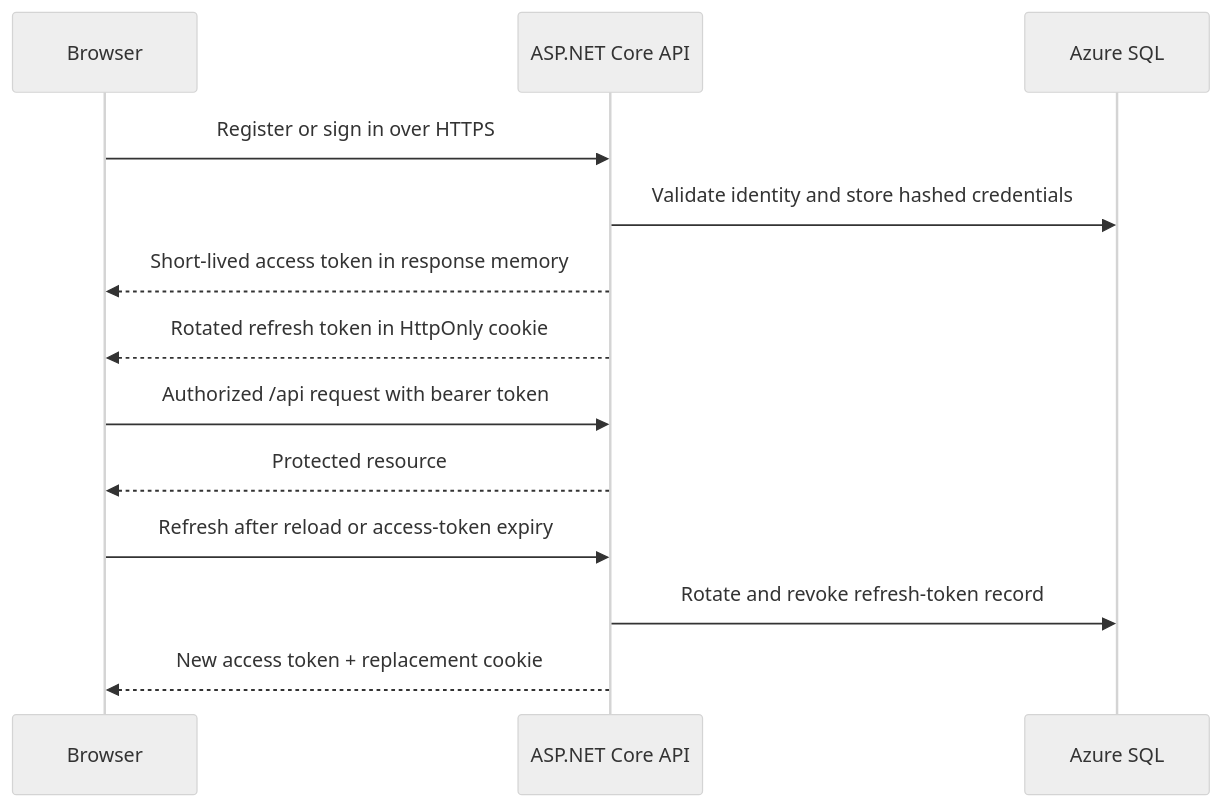
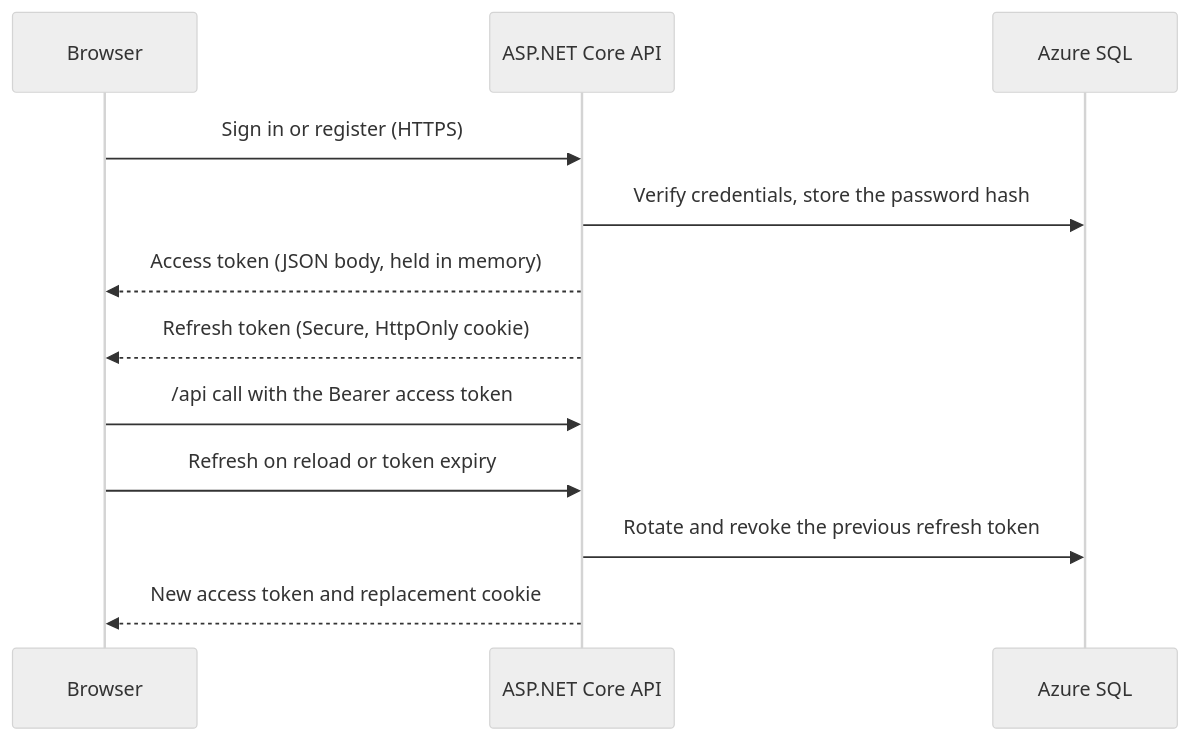
One commit to tanapotc/cloudtrack changed the third of 3 diagrams in README.md. Above: the diagram before and after it, drawn with Mermaid (neutral theme). The commit also changed other lines of this file, not shown here.

Commit message:
docs(readme): redraw the architecture diagrams

````diff
--- a/README.md
+++ b/README.md
@@ -58,16 +64,15 @@
 ```mermaid
 sequenceDiagram
   participant Browser
   participant API as ASP.NET Core API
   participant SQL as Azure SQL
 
-  Browser->>API: Register or sign in over HTTPS
-  API->>SQL: Validate identity and store hashed credentials
-  API-->>Browser: Short-lived access token in response memory
-  API-->>Browser: Rotated refresh token in HttpOnly cookie
-  Browser->>API: Authorized /api request with bearer token
-  API-->>Browser: Protected resource
-  Browser->>API: Refresh after reload or access-token expiry
-  API->>SQL: Rotate and revoke refresh-token record
-  API-->>Browser: New access token + replacement cookie
+  Browser->>API: Sign in or register (HTTPS)
+  API->>SQL: Verify credentials, store the password hash
+  API-->>Browser: Access token (JSON body, held in memory)
+  API-->>Browser: Refresh token (Secure, HttpOnly cookie)
+  Browser->>API: /api call with the Bearer access token
+  Browser->>API: Refresh on reload or token expiry
+  API->>SQL: Rotate and revoke the previous refresh token
+  API-->>Browser: New access token and replacement cookie
 ```
````
